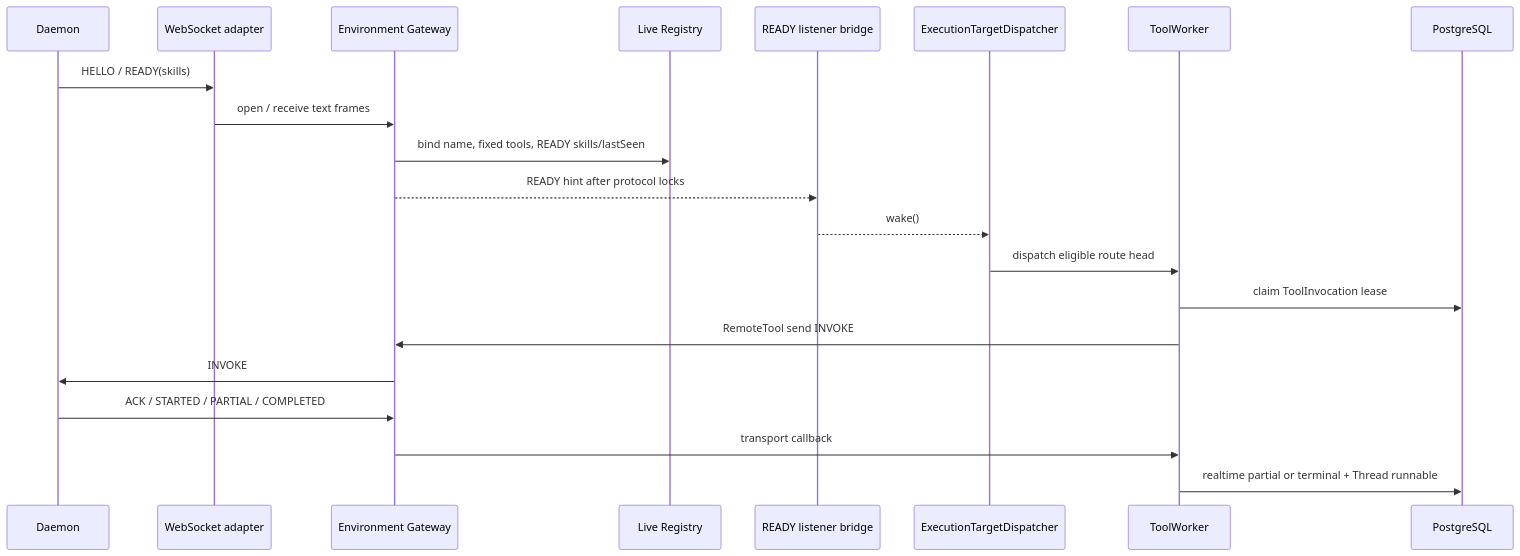
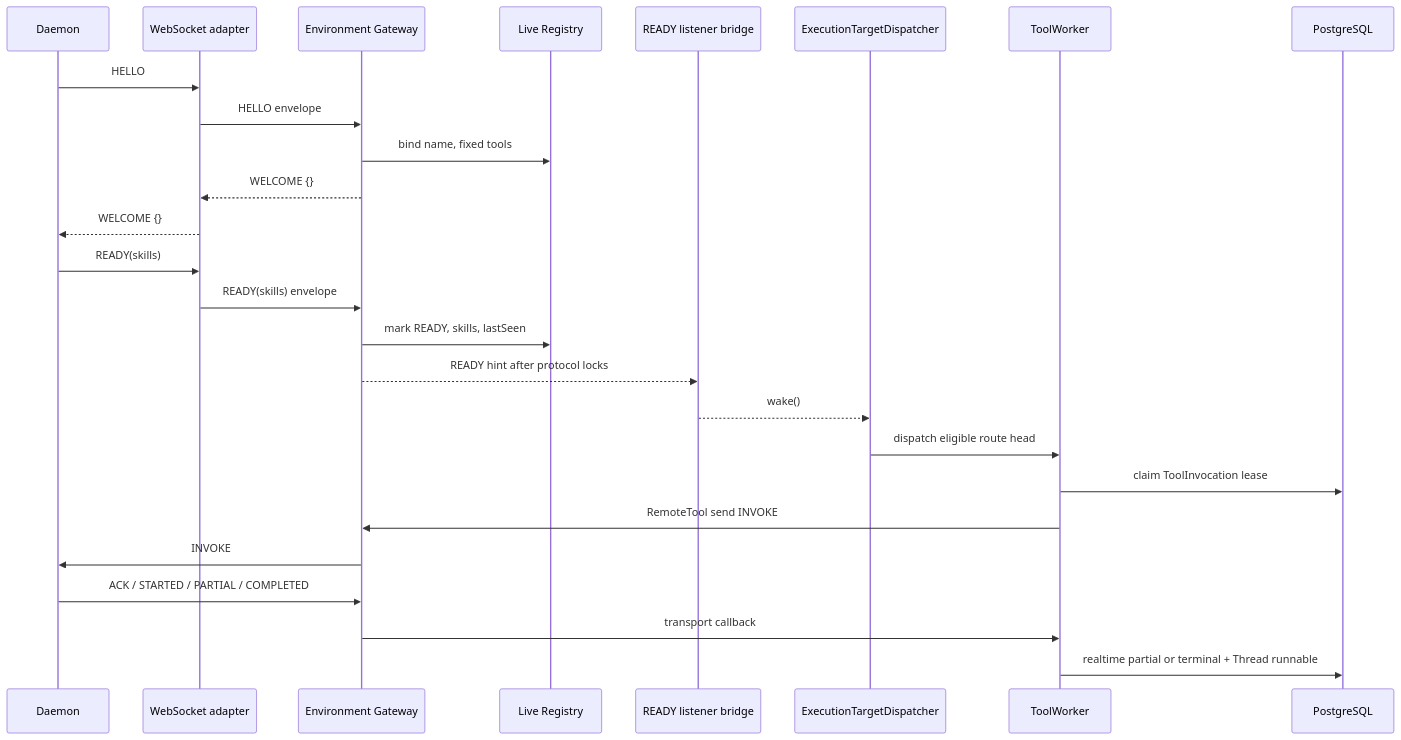
Before and after one commit to fengwk/kk-studio: the diagram in docs/technical-solution/environment-daemon-gateway.md, drawn with Mermaid. The commit also changed 1 other file, not shown here.

Commit message:
docs: clarify environment handshake and agent replacement

````diff
--- a/docs/technical-solution/environment-daemon-gateway.md
+++ b/docs/technical-solution/environment-daemon-gateway.md
@@ -75,24 +75,29 @@
 ```mermaid
 sequenceDiagram
     participant D as Daemon
     participant W as WebSocket adapter
     participant G as Environment Gateway
     participant R as Live Registry
     participant L as READY listener bridge
     participant ED as ExecutionTargetDispatcher
     participant TW as ToolWorker
     participant DB as PostgreSQL
 
-    D->>W: HELLO / READY(skills)
-    W->>G: open / receive text frames
-    G->>R: bind name, fixed tools, READY skills/lastSeen
+    D->>W: HELLO
+    W->>G: HELLO envelope
+    G->>R: bind name, fixed tools
+    G-->>W: WELCOME {}
+    W-->>D: WELCOME {}
+    D->>W: READY(skills)
+    W->>G: READY(skills) envelope
+    G->>R: mark READY, skills, lastSeen
     G-->>L: READY hint after protocol locks
     L-->>ED: wake()
     ED->>TW: dispatch eligible route head
     TW->>DB: claim ToolInvocation lease
     TW->>G: RemoteTool send INVOKE
     G->>D: INVOKE
     D->>G: ACK / STARTED / PARTIAL / COMPLETED
     G->>TW: transport callback
     TW->>DB: realtime partial or terminal + Thread runnable
 ```
````
